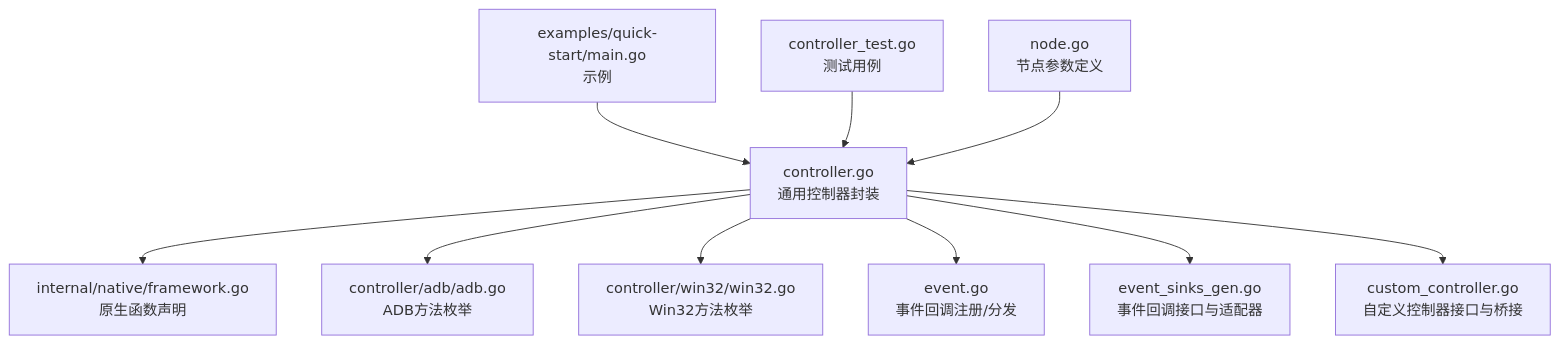
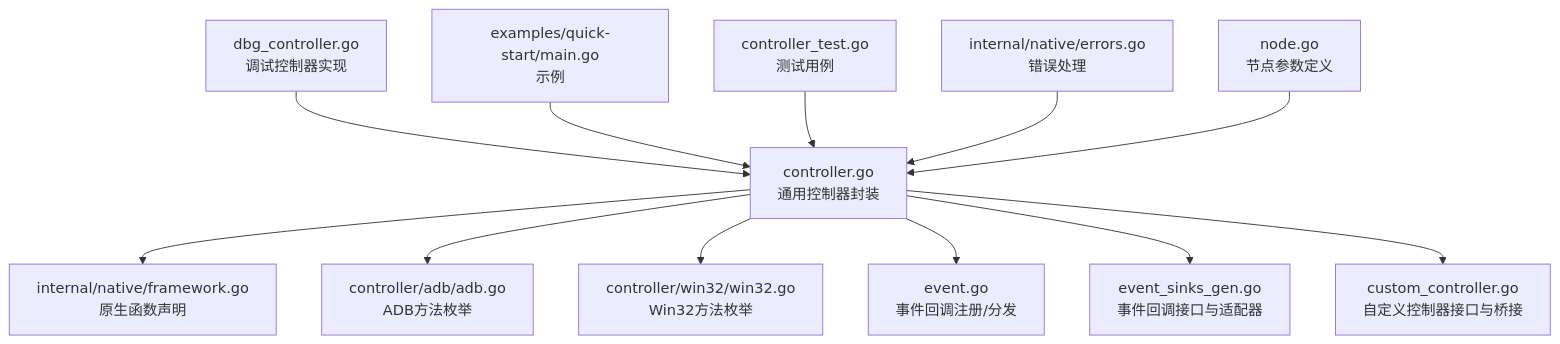
Before and after one commit to kqcoxn/MaaPipelineEditor: the first of 3 diagrams in instructions/maafw-golang-binding/API参考/控制器.md, drawn with Mermaid. The commit also changed other lines of this file and 10 other files, not shown here.

````diff
--- a/instructions/maafw-golang-binding/API参考/控制器.md
+++ b/instructions/maafw-golang-binding/API参考/控制器.md
@@ -49,12 +61,14 @@
 ```mermaid
 graph TB
 A["controller.go<br/>通用控制器封装"] --> B["internal/native/framework.go<br/>原生函数声明"]
 A --> C["controller/adb/adb.go<br/>ADB方法枚举"]
 A --> D["controller/win32/win32.go<br/>Win32方法枚举"]
 A --> E["event.go<br/>事件回调注册/分发"]
 A --> F["event_sinks_gen.go<br/>事件回调接口与适配器"]
 A --> G["custom_controller.go<br/>自定义控制器接口与桥接"]
-H["examples/quick-start/main.go<br/>示例"] --> A
-I["controller_test.go<br/>测试用例"] --> A
-J["node.go<br/>节点参数定义"] --> A
+H["dbg_controller.go<br/>调试控制器实现"] --> A
+I["examples/quick-start/main.go<br/>示例"] --> A
+J["controller_test.go<br/>测试用例"] --> A
+K["internal/native/errors.go<br/>错误处理"] --> A
+L["node.go<br/>节点参数定义"] --> A
 ```
````
